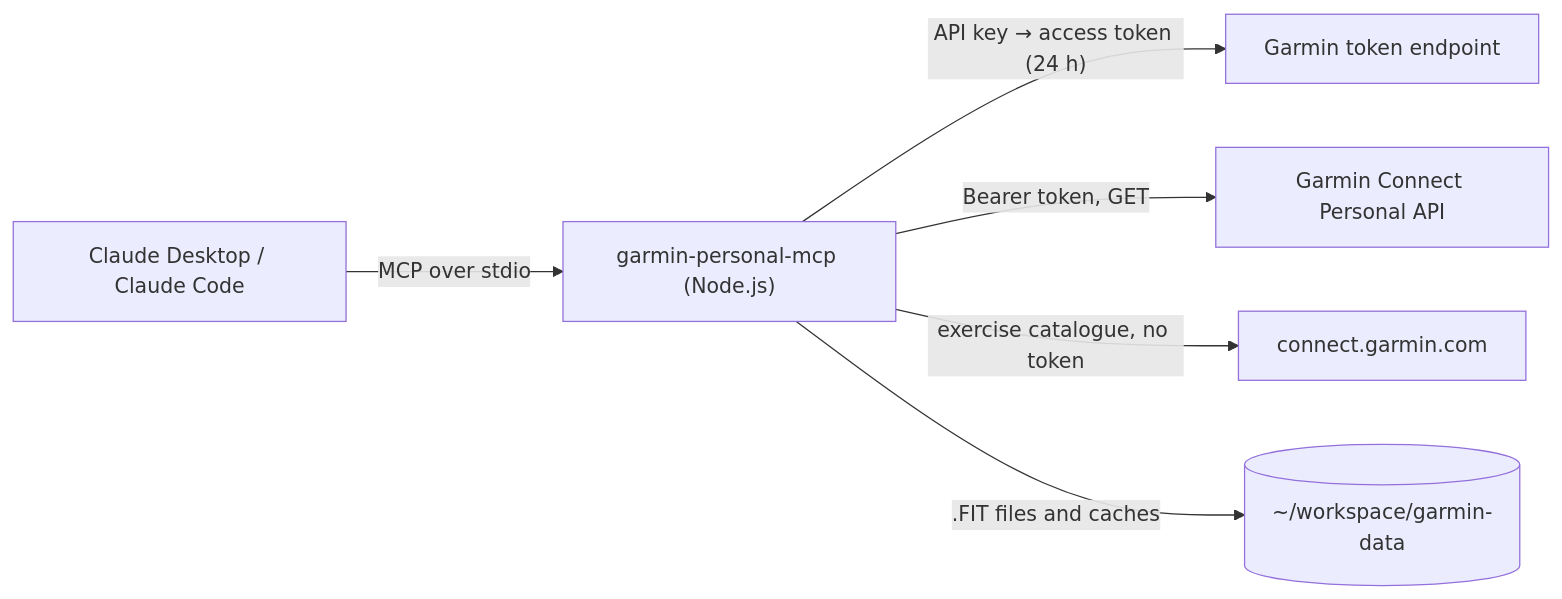
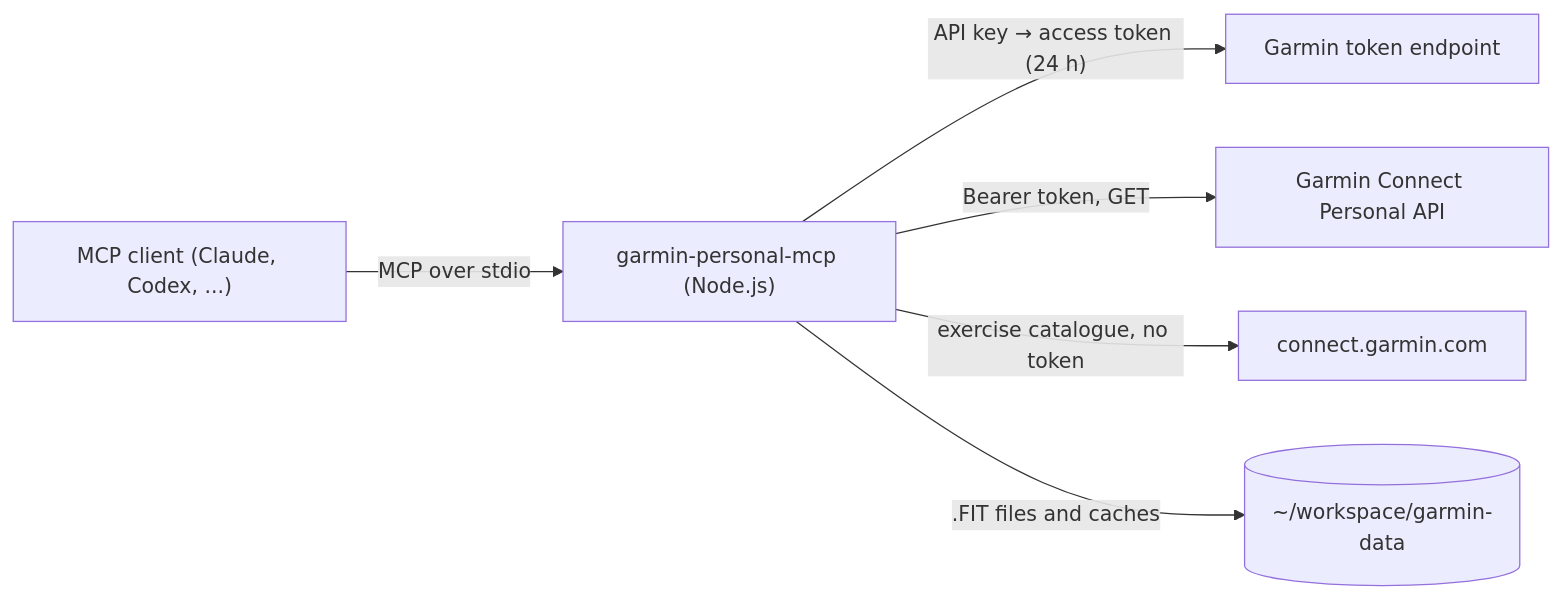
One commit to indaco/garmin-personal-mcp changed the diagram in guide/how-it-works.md. Above: the diagram before and after it, drawn with Mermaid. The commit also changed 8 other files, not shown here.

First line of the commit message:
docs: connect Codex and other stdio clients (#83)

````diff
--- a/guide/how-it-works.md
+++ b/guide/how-it-works.md
@@ -3,8 +3,8 @@
 ```mermaid
 flowchart LR
-    C["Claude Desktop / Claude Code"] -- "MCP over stdio" --> S["garmin-personal-mcp (Node.js)"]
+    C["MCP client (Claude, Codex, ...)"] -- "MCP over stdio" --> S["garmin-personal-mcp (Node.js)"]
     S -- "API key → access token (24 h)" --> T["Garmin token endpoint"]
     S -- "Bearer token, GET" --> G["Garmin Connect Personal API"]
     S -- "exercise catalogue, no token" --> E["connect.garmin.com"]
     S -- ".FIT files and caches" --> F[("~/workspace/garmin-data")]
 ```
````
